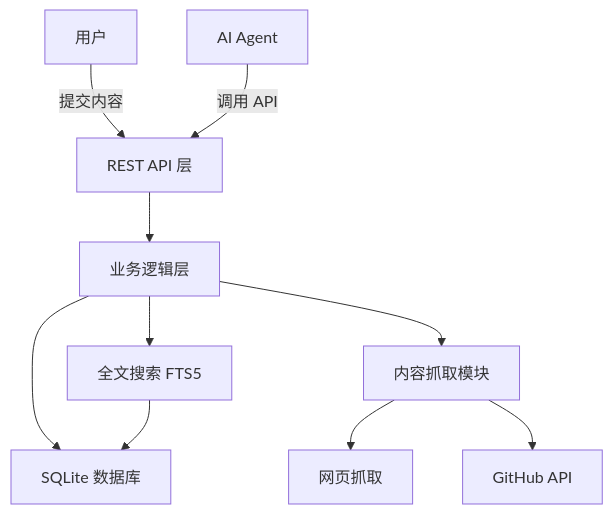
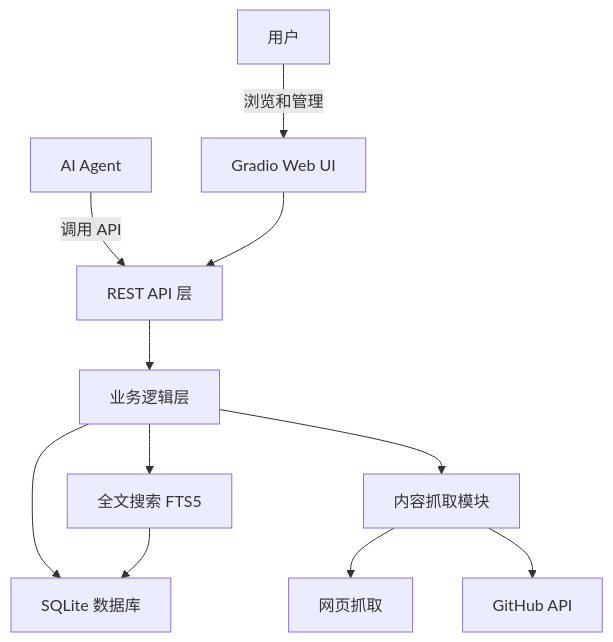
One commit to taofuli8/knowledge-base-tool changed the diagram in .monkeycode/specs/knowledge-base-tool/design.md. Above: the diagram before and after it, drawn with Mermaid. The commit also changed other lines of this file, not shown here.

First line of the commit message:
feat: 补充 Gradio Web UI 界面设计

````diff
--- a/.monkeycode/specs/knowledge-base-tool/design.md
+++ b/.monkeycode/specs/knowledge-base-tool/design.md
@@ -12,12 +12,13 @@
 ```mermaid
 graph TD
-    A[用户] -->|提交内容| B[REST API 层]
-    C[AI Agent] -->|调用 API| B
-    B --> D[业务逻辑层]
-    D --> E[SQLite 数据库]
-    D --> F[内容抓取模块]
-    F --> G[网页抓取]
-    F --> H[GitHub API]
-    D --> I[全文搜索 FTS5]
-    I --> E
+    A[用户] -->|浏览和管理| B[Gradio Web UI]
+    C[AI Agent] -->|调用 API| D[REST API 层]
+    B --> D
+    D --> E[业务逻辑层]
+    E --> F[SQLite 数据库]
+    E --> G[内容抓取模块]
+    G --> H[网页抓取]
+    G --> I[GitHub API]
+    E --> J[全文搜索 FTS5]
+    J --> F
 ```
````
